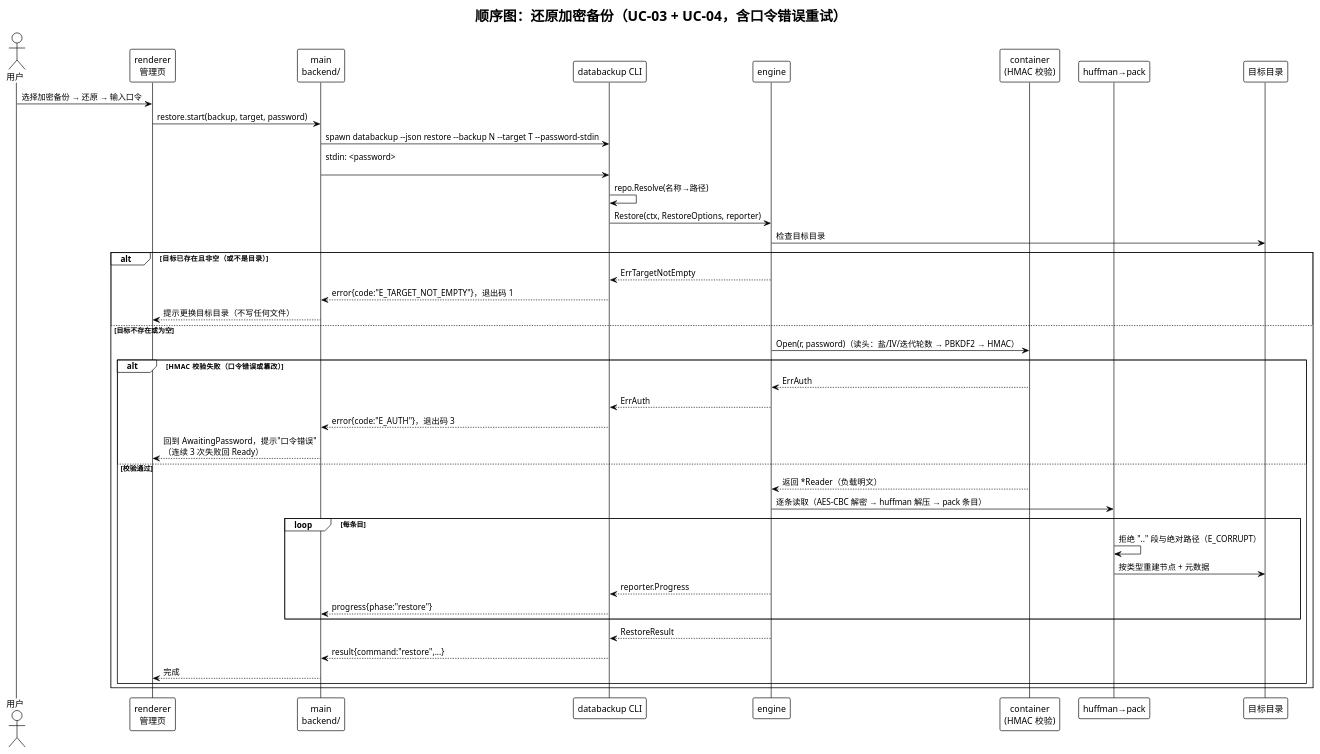
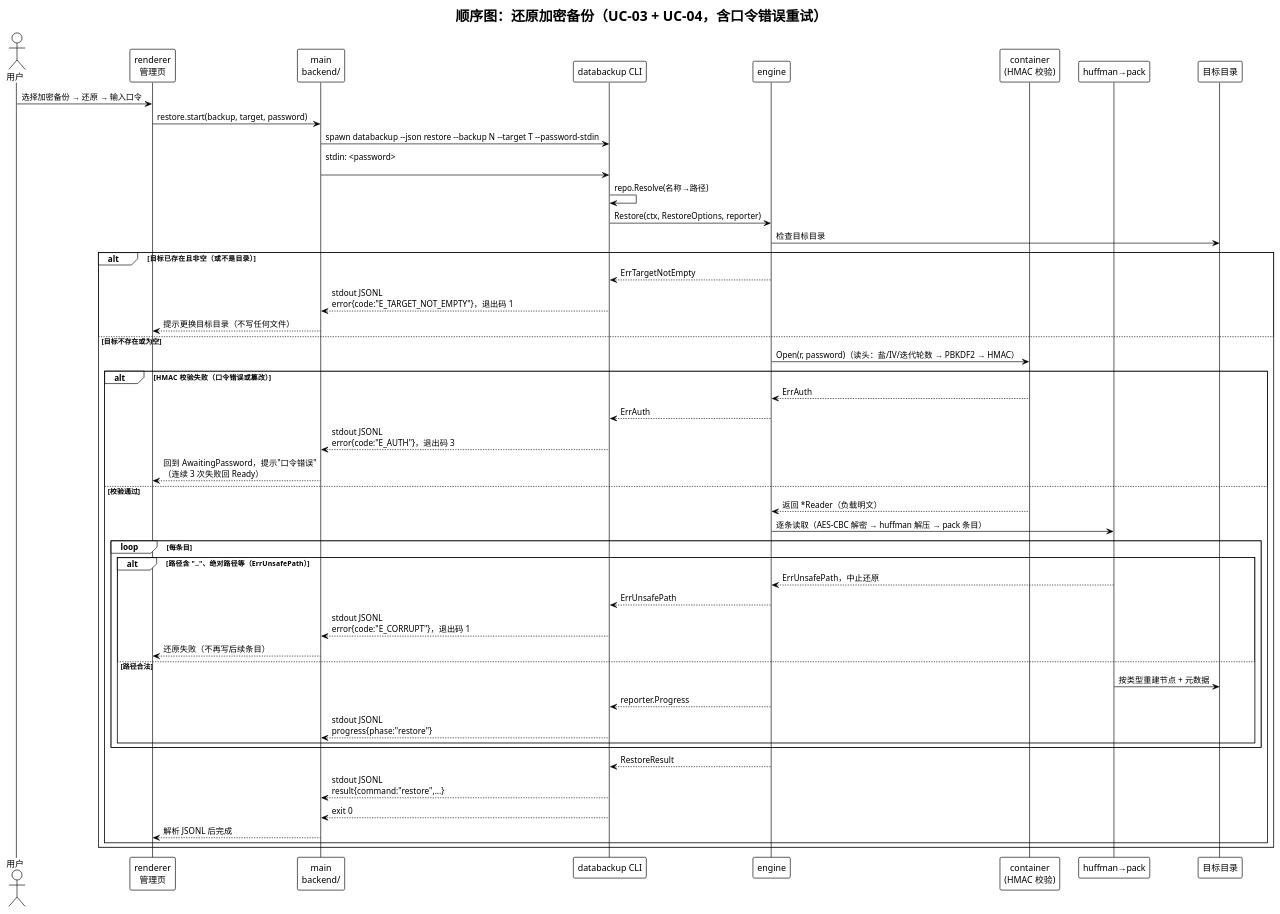
The diagram in docs/deliverables/diagrams/seq-restore-encrypted.puml (Piaoxuemoli/software-class-qoobeewang), drawn with PlantUML before and after one commit. The commit also changed 26 other files, not shown here.

```diff
--- a/docs/deliverables/diagrams/seq-restore-encrypted.puml
+++ b/docs/deliverables/diagrams/seq-restore-encrypted.puml
@@ -1,46 +1,53 @@
 @startuml seq-restore-encrypted
 !theme plain
 title 顺序图：还原加密备份（UC-03 + UC-04，含口令错误重试）
 
 actor 用户 as U
 participant "renderer\n管理页" as R
 participant "main\nbackend/" as M
 participant "databackup CLI" as C
 participant "engine" as E
 participant "container\n(HMAC 校验)" as CT
 participant "huffman→pack" as D
 participant "目标目录" as T
 
 U -> R : 选择加密备份 → 还原 → 输入口令
 R -> M : restore.start(backup, target, password)
 M -> C : spawn databackup ~--json restore ~--backup N ~--target T ~--password-stdin
 M -> C : stdin: <password>\n
 C -> C : repo.Resolve(名称→路径)
 C -> E : Restore(ctx, RestoreOptions, reporter)
 E -> T : 检查目标目录
 alt 目标已存在且非空（或不是目录）
   E --> C : ErrTargetNotEmpty
-  C --> M : error{code:"E_TARGET_NOT_EMPTY"}，退出码 1
+  C --> M : stdout JSONL\nerror{code:"E_TARGET_NOT_EMPTY"}，退出码 1
   M --> R : 提示更换目标目录（不写任何文件）
 else 目标不存在或为空
   E -> CT : Open(r, password)（读头：盐/IV/迭代轮数 → PBKDF2 → HMAC）
   alt HMAC 校验失败（口令错误或篡改）
     CT --> E : ErrAuth
     E --> C : ErrAuth
-    C --> M : error{code:"E_AUTH"}，退出码 3
+    C --> M : stdout JSONL\nerror{code:"E_AUTH"}，退出码 3
     M --> R : 回到 AwaitingPassword，提示"口令错误"\n（连续 3 次失败回 Ready）
   else 校验通过
     CT --> E : 返回 *Reader（负载明文）
     E -> D : 逐条读取（AES-CBC 解密 → huffman 解压 → pack 条目）
     loop 每条目
-      D -> D : 拒绝 ".." 段与绝对路径（E_CORRUPT）
-      D -> T : 按类型重建节点 + 元数据
-      E --> C : reporter.Progress
-      C --> M : progress{phase:"restore"}
+      alt 路径含 ".."、绝对路径等（ErrUnsafePath）
+        D --> E : ErrUnsafePath，中止还原
+        E --> C : ErrUnsafePath
+        C --> M : stdout JSONL\nerror{code:"E_CORRUPT"}，退出码 1
+        M --> R : 还原失败（不再写后续条目）
+      else 路径合法
+        D -> T : 按类型重建节点 + 元数据
+        E --> C : reporter.Progress
+        C --> M : stdout JSONL\nprogress{phase:"restore"}
+      end
     end
     E --> C : RestoreResult
-    C --> M : result{command:"restore",...}
-    M --> R : 完成
+    C --> M : stdout JSONL\nresult{command:"restore",...}
+    C --> M : exit 0
+    M --> R : 解析 JSONL 后完成
   end
 end
 @enduml
```
